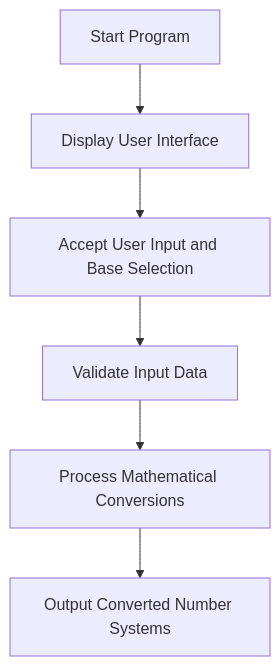
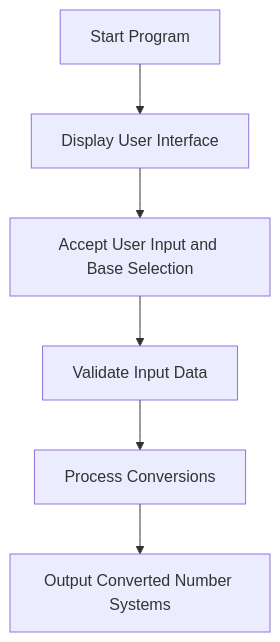
Before and after one commit to dontstaycozy/Number-System-Converter: the diagram in README.md, drawn with Mermaid.

Commit message:
README update

````diff
--- a/README.md
+++ b/README.md
@@ -87,8 +87,8 @@
 ```mermaid
 graph TD
   A[Start Program] --> B[Display User Interface]
   B --> C[Accept User Input and Base Selection]
   C --> D[Validate Input Data]
-  D --> E[Process Mathematical Conversions]
+  D --> E[Process Conversions]
   E --> F[Output Converted Number Systems]
 ```
````
